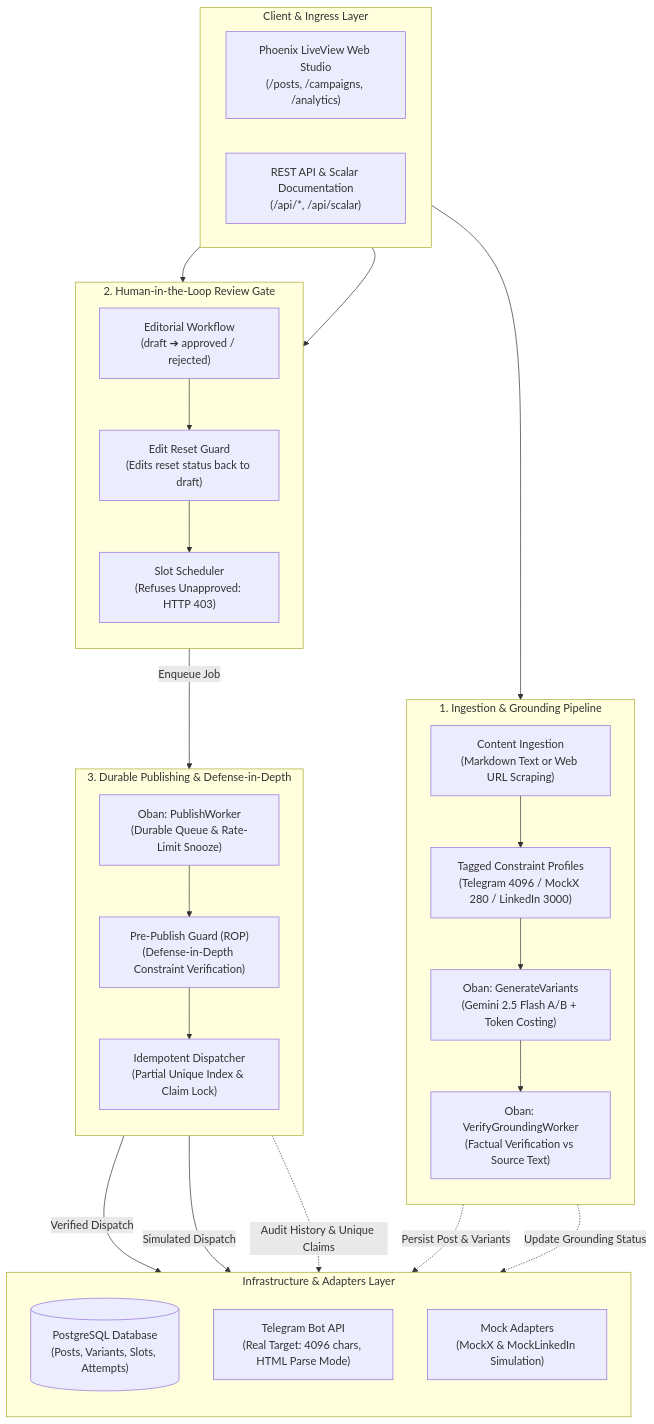
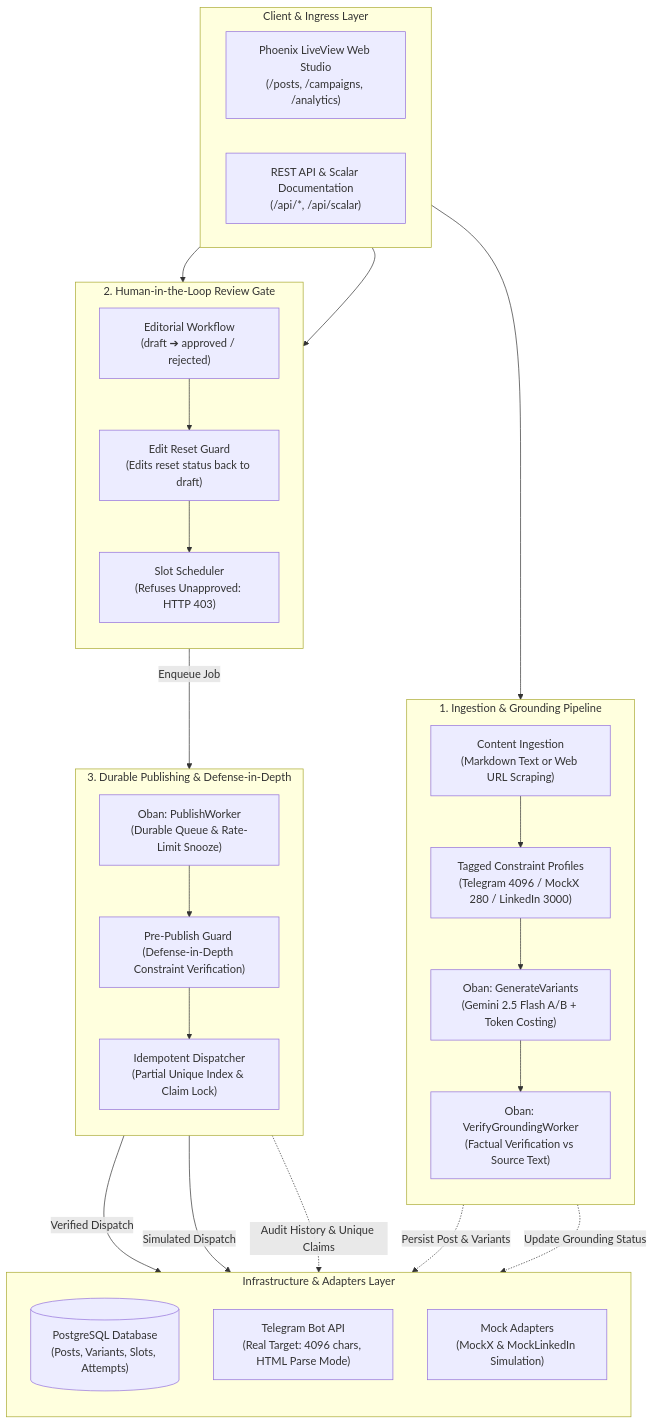
One commit to notSmart-Fr/flyrank-capstone-social-studio changed the diagram in README.md. Above: the diagram before and after it, drawn with Mermaid. The commit also changed other lines of this file, not shown here.

````diff
--- a/README.md
+++ b/README.md
@@ -33,60 +33,60 @@
 ```mermaid
 flowchart TD
     %% Client & Ingress Layer
     subgraph Ingress["Client & Ingress Layer"]
         UI["Phoenix LiveView Web Studio\n(/posts, /campaigns, /analytics)"]
         API["REST API & Scalar Documentation\n(/api/*, /api/scalar)"]
     end
 
     %% Ingestion & Generation Pipeline
     subgraph ContentPipeline["1. Ingestion & Grounding Pipeline"]
         direction TB
         IngestEngine["Content Ingestion\n(Markdown Text or Web URL Scraping)"]
         ConstraintSchema["Tagged Constraint Profiles\n(Telegram 4096 / MockX 280 / LinkedIn 3000)"]
         GenWorker["Oban: GenerateVariants\n(Gemini 2.5 Flash A/B + Token Costing)"]
         AuditWorker["Oban: VerifyGroundingWorker\n(Factual Verification vs Source Text)"]
         
         IngestEngine --> ConstraintSchema --> GenWorker --> AuditWorker
     end
 
     %% Editorial & Review Layer
     subgraph ReviewGate["2. Human-in-the-Loop Review Gate"]
         direction TB
         DraftReview["Editorial Workflow\n(draft ➔ approved / rejected)"]
         EditReset["Edit Reset Guard\n(Edits reset status back to draft)"]
         SlotScheduler["Slot Scheduler\n(Refuses Unapproved: HTTP 403)"]
         
         DraftReview --> EditReset --> SlotScheduler
     end
 
     %% Durable Dispatch & Publishing Pipeline
     subgraph PublishPipeline["3. Durable Publishing & Defense-in-Depth"]
         direction TB
         PublishWorker["Oban: PublishWorker\n(Durable Queue & Rate-Limit Snooze)"]
-        PrePublishGuard["Pre-Publish Guard (ROP)\n(Defense-in-Depth Constraint Verification)"]
+        PrePublishGuard["Pre-Publish Guard \n(Defense-in-Depth Constraint Verification)"]
         IdempotentDispatcher["Idempotent Dispatcher\n(Partial Unique Index & Claim Lock)"]
         
         PublishWorker --> PrePublishGuard --> IdempotentDispatcher
     end
 
     %% Storage & External Adapters
     subgraph Infrastructure["Infrastructure & Adapters Layer"]
         direction TB
         DB[("PostgreSQL Database\n(Posts, Variants, Slots, Attempts)")]
         Telegram["Telegram Bot API\n(Real Target: 4096 chars, HTML Parse Mode)"]
         Mocks["Mock Adapters\n(MockX & MockLinkedIn Simulation)"]
     end
 
     %% Cross-Pipeline Connections
     Ingress --> IngestEngine
     Ingress --> DraftReview
     Ingress --> SlotScheduler
 
     IngestEngine -.->|Persist Post & Variants| DB
     AuditWorker -.->|Update Grounding Status| DB
     SlotScheduler -->|Enqueue Job| PublishWorker
     
     IdempotentDispatcher -->|Verified Dispatch| Telegram
     IdempotentDispatcher -->|Simulated Dispatch| Mocks
     IdempotentDispatcher -.->|Audit History & Unique Claims| DB
 ```
````
